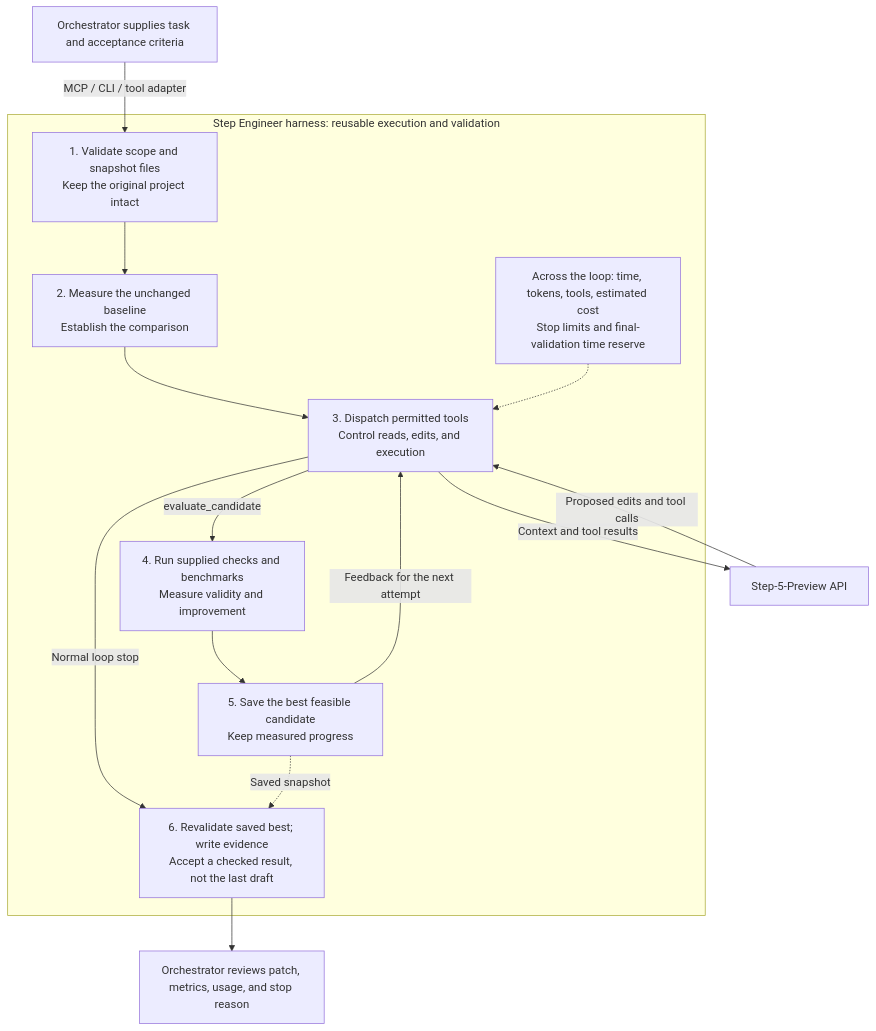
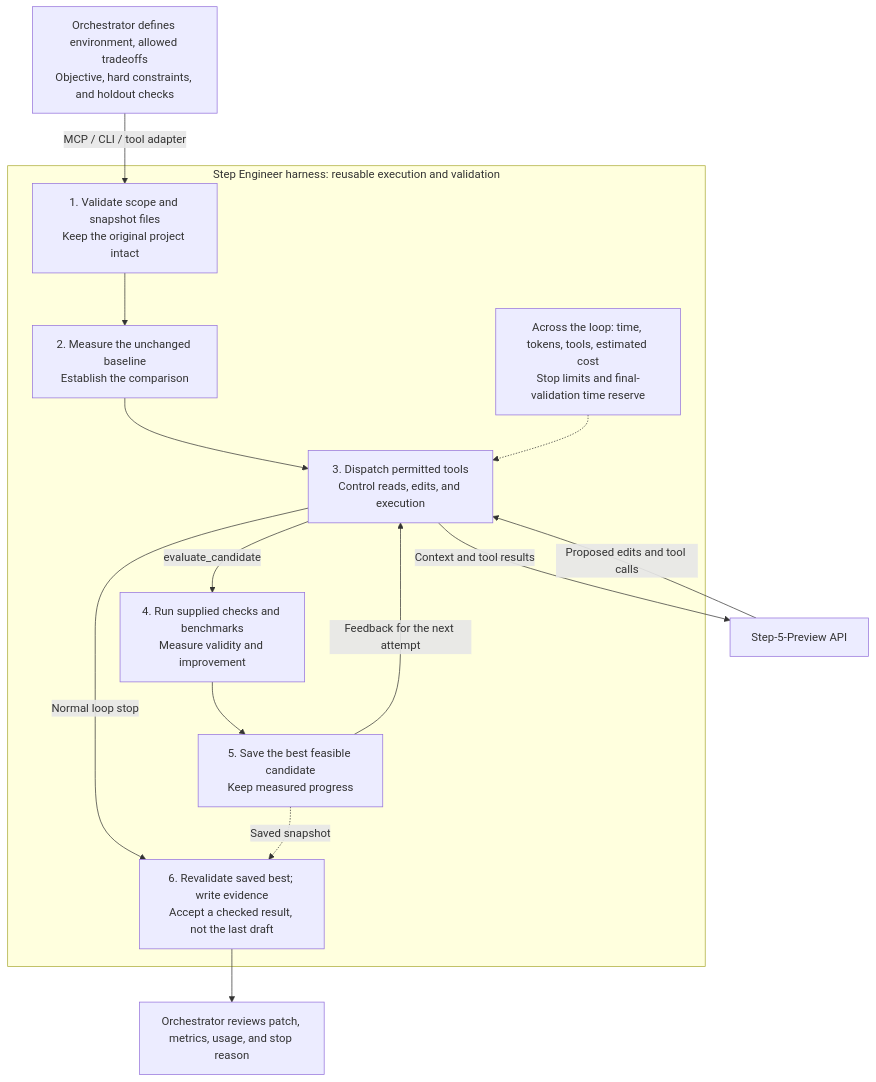
The diagram in README.md (ShemYu/step-engineer), drawn with Mermaid before and after one commit. The commit also changed other lines of this file and 18 other files, not shown here.

````diff
--- a/README.md
+++ b/README.md
@@ -30,17 +54,17 @@
 ```mermaid
 flowchart TD
-    O["Orchestrator supplies task and acceptance criteria"] -->|"MCP / CLI / tool adapter"| C
+    O["Orchestrator defines environment, allowed tradeoffs<br/>Objective, hard constraints, and holdout checks"] -->|"MCP / CLI / tool adapter"| C
     subgraph H["Step Engineer harness: reusable execution and validation"]
         C["1. Validate scope and snapshot files<br/>Keep the original project intact"] --> B["2. Measure the unchanged baseline<br/>Establish the comparison"]
         B --> L["3. Dispatch permitted tools<br/>Control reads, edits, and execution"]
         L -->|"evaluate_candidate"| E["4. Run supplied checks and benchmarks<br/>Measure validity and improvement"]
         E --> K["5. Save the best feasible candidate<br/>Keep measured progress"]
         K -->|"Feedback for the next attempt"| L
         L -->|"Normal loop stop"| V["6. Revalidate saved best; write evidence<br/>Accept a checked result, not the last draft"]
         K -.->|"Saved snapshot"| V
         G["Across the loop: time, tokens, tools, estimated cost<br/>Stop limits and final-validation time reserve"] -.-> L
     end
     L -->|"Context and tool results"| S["Step-5-Preview API"]
     S -->|"Proposed edits and tool calls"| L
     V --> R["Orchestrator reviews patch, metrics, usage, and stop reason"]
 ```
````
